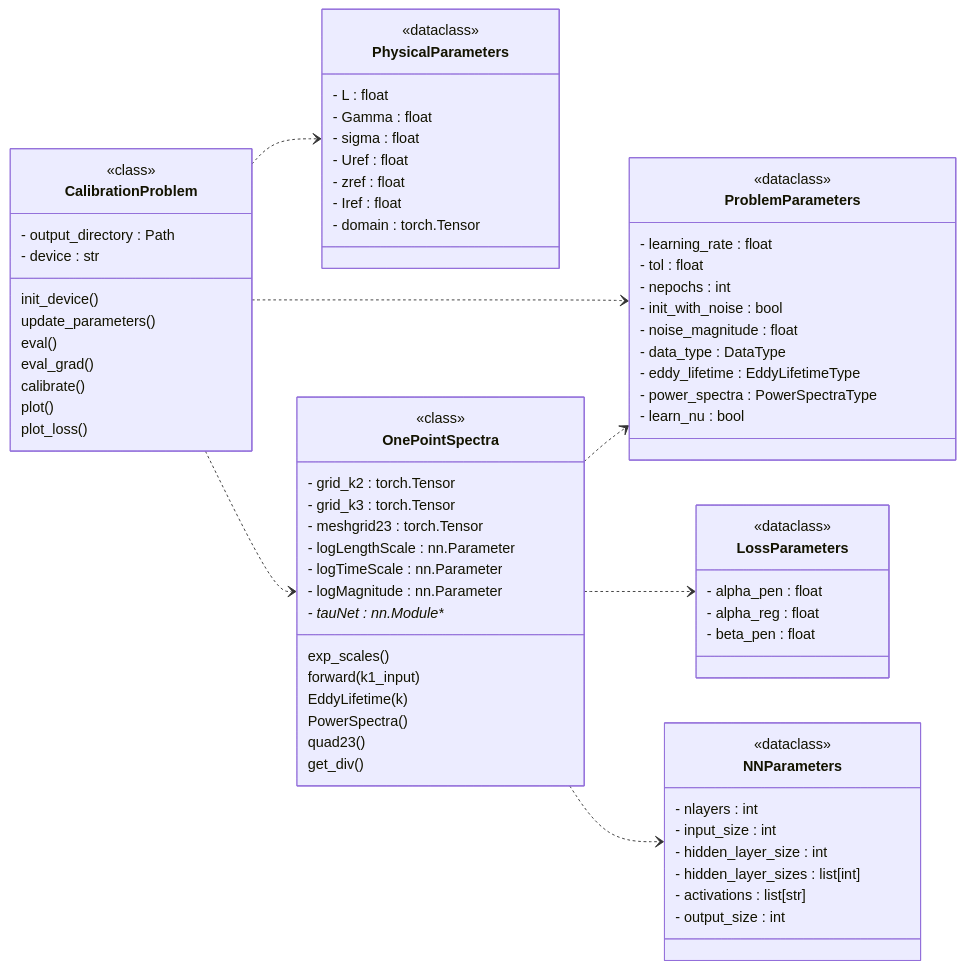
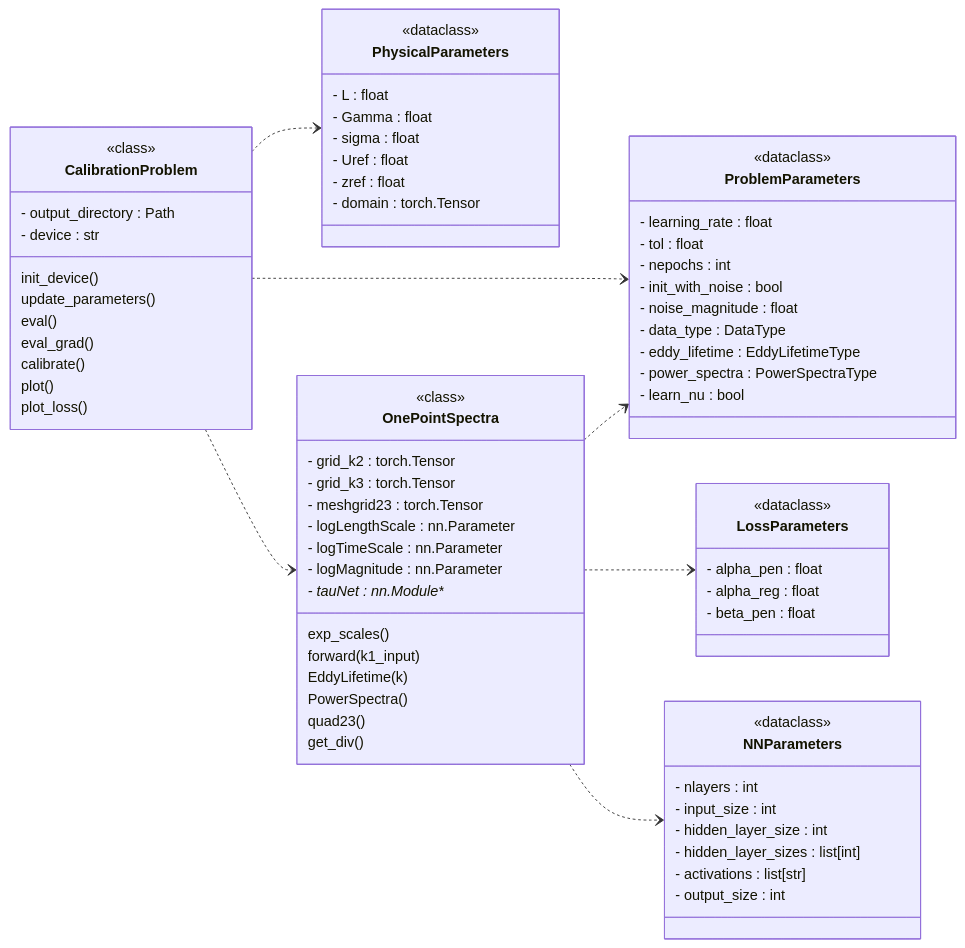
Before and after one commit to METHODS-Group/DRDMannTurb: the diagram in docs/source/uml_drd.rst, drawn with Mermaid. The commit also changed 4 other files, not shown here.

```diff
--- a/docs/source/uml_drd.rst
+++ b/docs/source/uml_drd.rst
@@ -10,77 +10,76 @@
 .. mermaid:: 
     :zoom:
   
     classDiagram
     direction LR
         class CalibrationProblem {
             <<class>>
             - output_directory : Path
             - device : str
             init_device()
             update_parameters() 
             eval()
             eval_grad() 
             calibrate()
             plot()
             plot_loss()
         }
         class NNParameters {
             <<dataclass>>
             - nlayers : int
             - input_size : int
             - hidden_layer_size : int
             - hidden_layer_sizes : list[int]
             - activations : list[str]
             - output_size : int 
         }
         class ProblemParameters {
             <<dataclass>>
             - learning_rate : float
             - tol : float 
             - nepochs : int 
             - init_with_noise : bool 
             - noise_magnitude : float
             - data_type : DataType
             - eddy_lifetime : EddyLifetimeType 
             - power_spectra : PowerSpectraType 
             - learn_nu : bool
         }
         class PhysicalParameters {
             <<dataclass>>
             - L : float 
             - Gamma : float 
             - sigma : float 
             - Uref : float 
             - zref : float 
-            - Iref : float 
             - domain : torch.Tensor
         }
         class LossParameters {
             <<dataclass>>
             - alpha_pen : float 
             - alpha_reg : float 
             - beta_pen : float 
         }
         class OnePointSpectra { 
             <<class>>
             - grid_k2 : torch.Tensor 
             - grid_k3 : torch.Tensor 
             - meshgrid23 : torch.Tensor 
             - logLengthScale : nn.Parameter
             - logTimeScale : nn.Parameter 
             - logMagnitude : nn.Parameter 
             - tauNet : nn.Module**
             exp_scales()
             forward(k1_input)
             EddyLifetime(k)
             PowerSpectra()
             quad23()
             get_div()
         }
 
         CalibrationProblem ..> ProblemParameters
         CalibrationProblem ..> PhysicalParameters
         OnePointSpectra ..> LossParameters
         CalibrationProblem ..> OnePointSpectra
         OnePointSpectra ..>  ProblemParameters
         OnePointSpectra  ..> NNParameters
```
